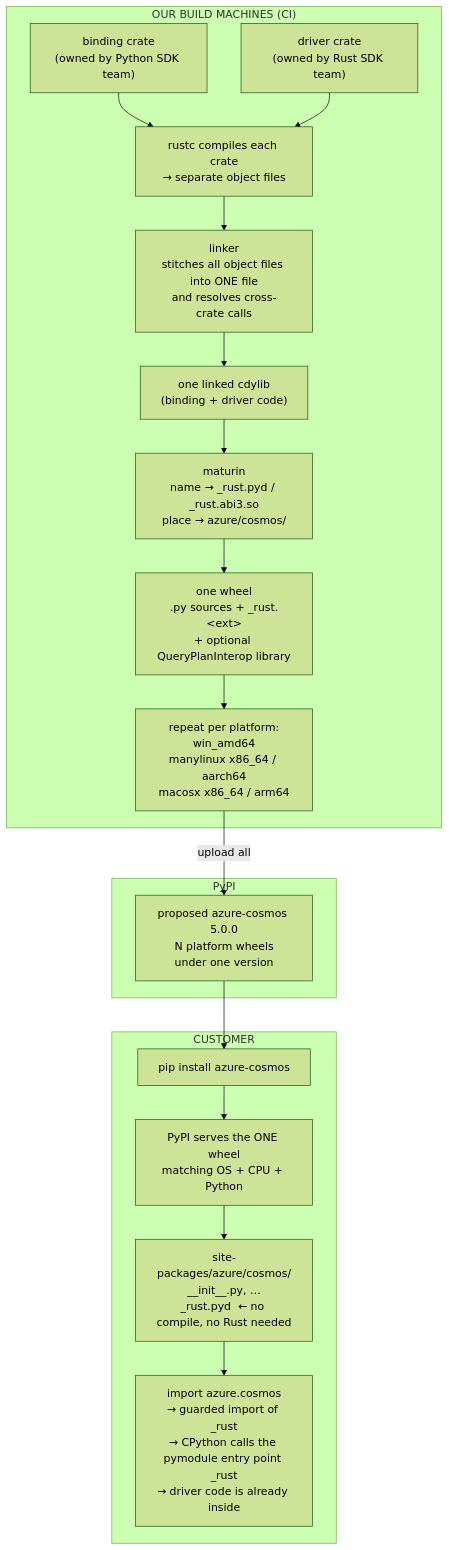
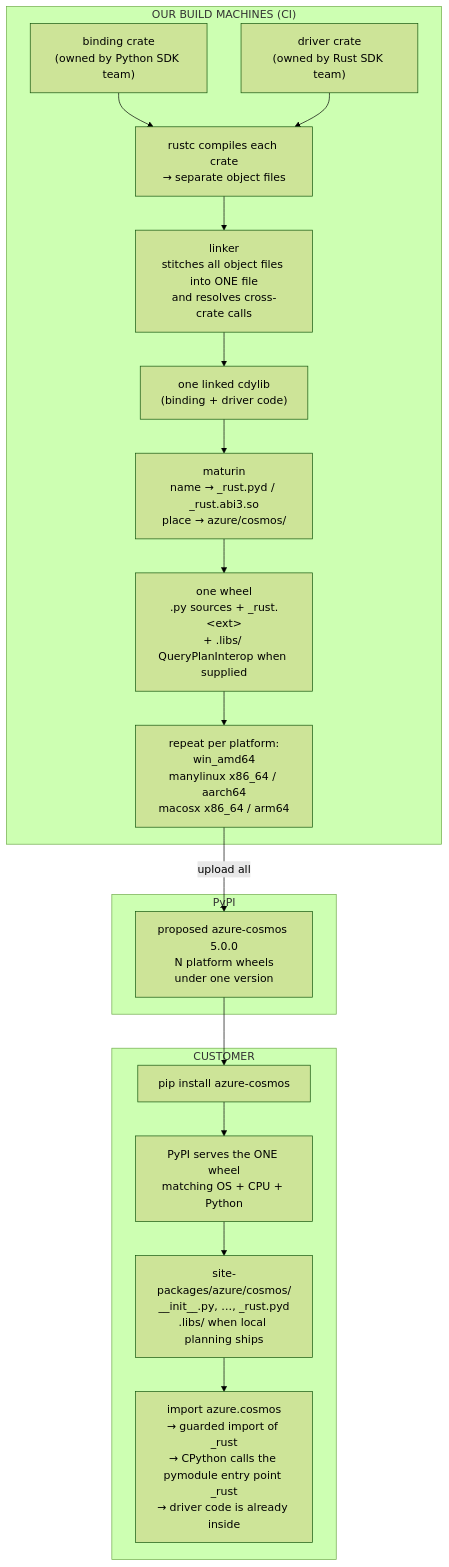
The diagram in sdk/cosmos/azure-cosmos/docs/build_and_release.md (Azure/azure-sdk-for-python), drawn with Mermaid (forest theme) before and after one commit. The commit also changed other lines of this file and 28 other files, not shown here.

````diff
--- a/sdk/cosmos/azure-cosmos/docs/build_and_release.md
+++ b/sdk/cosmos/azure-cosmos/docs/build_and_release.md
@@ -977,31 +1247,31 @@
 ```mermaid
 flowchart TD
     subgraph CI["OUR BUILD MACHINES (CI)"]
         B["binding crate<br/>(owned by Python SDK team)"]
         D["driver crate<br/>(owned by Rust SDK team)"]
         C["rustc compiles each crate<br/>→ separate object files"]
         LK["linker<br/>stitches all object files into ONE file<br/>and resolves cross-crate calls"]
         L["one linked cdylib<br/>(binding + driver code)"]
         M["maturin<br/>name → _rust.pyd / _rust.abi3.so<br/>place → azure/cosmos/"]
-        W["one wheel<br/>.py sources + _rust.&lt;ext&gt;<br/>+ optional QueryPlanInterop library"]
+        W["one wheel<br/>.py sources + _rust.&lt;ext&gt;<br/>+ .libs/ QueryPlanInterop when supplied"]
         MX["repeat per platform:<br/>win_amd64<br/>manylinux x86_64 / aarch64<br/>macosx x86_64 / arm64"]
         B --> C
         D --> C
         C --> LK --> L --> M --> W --> MX
     end
 
     subgraph PYPI["PyPI"]
         P["proposed azure-cosmos 5.0.0<br/>N platform wheels<br/>under one version"]
     end
 
     subgraph CUST["CUSTOMER"]
         PI["pip install azure-cosmos"]
         SEL["PyPI serves the ONE wheel<br/>matching OS + CPU + Python"]
-        SP["site-packages/azure/cosmos/<br/>__init__.py, …<br/>_rust.pyd  ← no compile, no Rust needed"]
+        SP["site-packages/azure/cosmos/<br/>__init__.py, …, _rust.pyd<br/>.libs/ when local planning ships"]
         IMP["import azure.cosmos<br/>→ guarded import of _rust<br/>→ CPython calls the pymodule entry point _rust<br/>→ driver code is already inside"]
         PI --> SEL --> SP --> IMP
     end
 
     MX -- "upload all" --> P
     P --> PI
 ```
````
